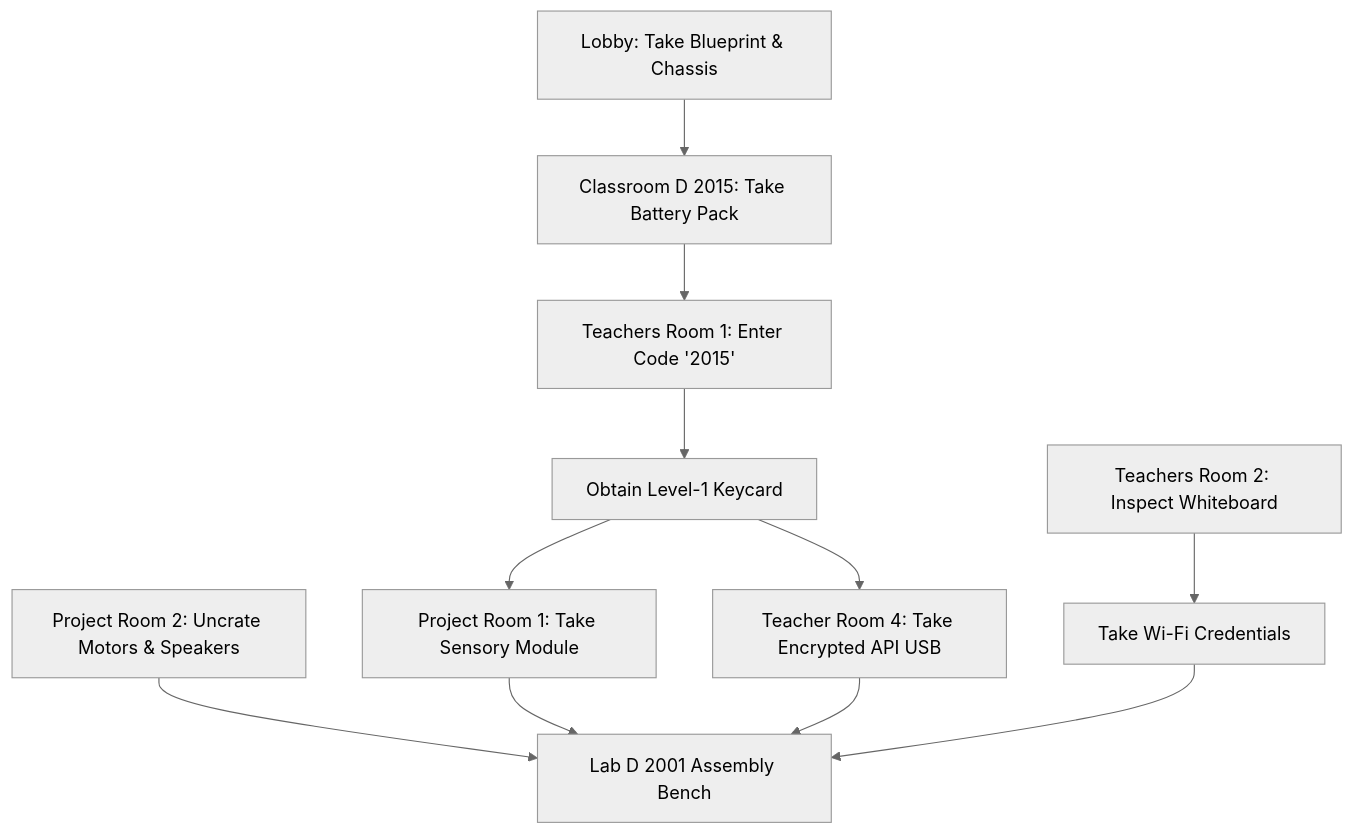
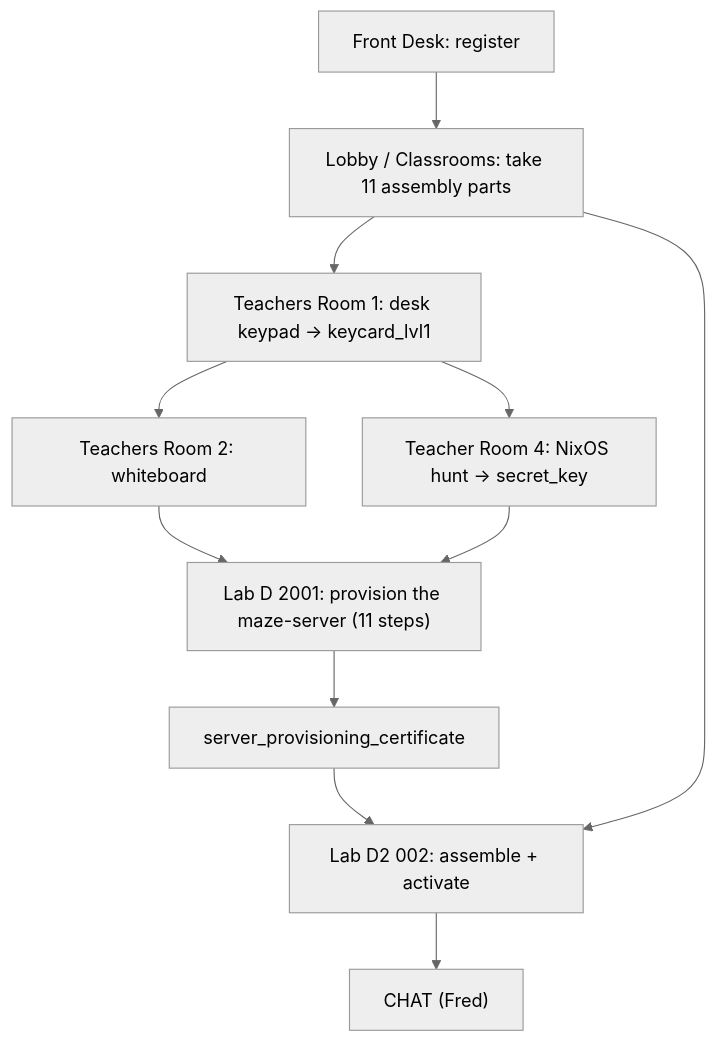
One commit to nwikeodigwe/maze-ing changed the second of 2 diagrams in docs/GAME_DESIGN.md. Above: the diagram before and after it, drawn with Mermaid (neutral theme). The commit also changed other lines of this file and 8 other files, not shown here.

````diff
--- a/docs/GAME_DESIGN.md
+++ b/docs/GAME_DESIGN.md
@@ -79,13 +68,13 @@
 ```mermaid
 flowchart TD
-    Lobby["Lobby: Take Blueprint & Chassis"] --> D2015["Classroom D 2015: Take Battery Pack"]
-    D2015 --> TR1["Teachers Room 1: Enter Code '2015'"]
-    TR1 --> Keycard["Obtain Level-1 Keycard"]
-    Keycard --> PR1["Project Room 1: Take Sensory Module"]
-    Keycard --> TR4["Teacher Room 4: Take Encrypted API USB"]
-    TR2["Teachers Room 2: Inspect Whiteboard"] --> WiFi["Take Wi-Fi Credentials"]
-    PR2["Project Room 2: Uncrate Motors & Speakers"] --> Bench["Lab D 2001 Assembly Bench"]
-    PR1 --> Bench
-    TR4 --> Bench
-    WiFi --> Bench
+    FD["Front Desk: register"] --> Loot["Lobby / Classrooms: take 11 assembly parts"]
+    Loot --> TR1["Teachers Room 1: desk keypad -> keycard_lvl1"]
+    TR1 --> TR2["Teachers Room 2: whiteboard"]
+    TR1 --> TR4["Teacher Room 4: NixOS hunt -> secret_key"]
+    TR2 --> Server["Lab D 2001: provision the maze-server (11 steps)"]
+    TR4 --> Server
+    Server --> Cert["server_provisioning_certificate"]
+    Cert --> Bench["Lab D2 002: assemble + activate"]
+    Bench --> Chat["CHAT (Fred)"]
+    Loot --> Bench
 ```
````
